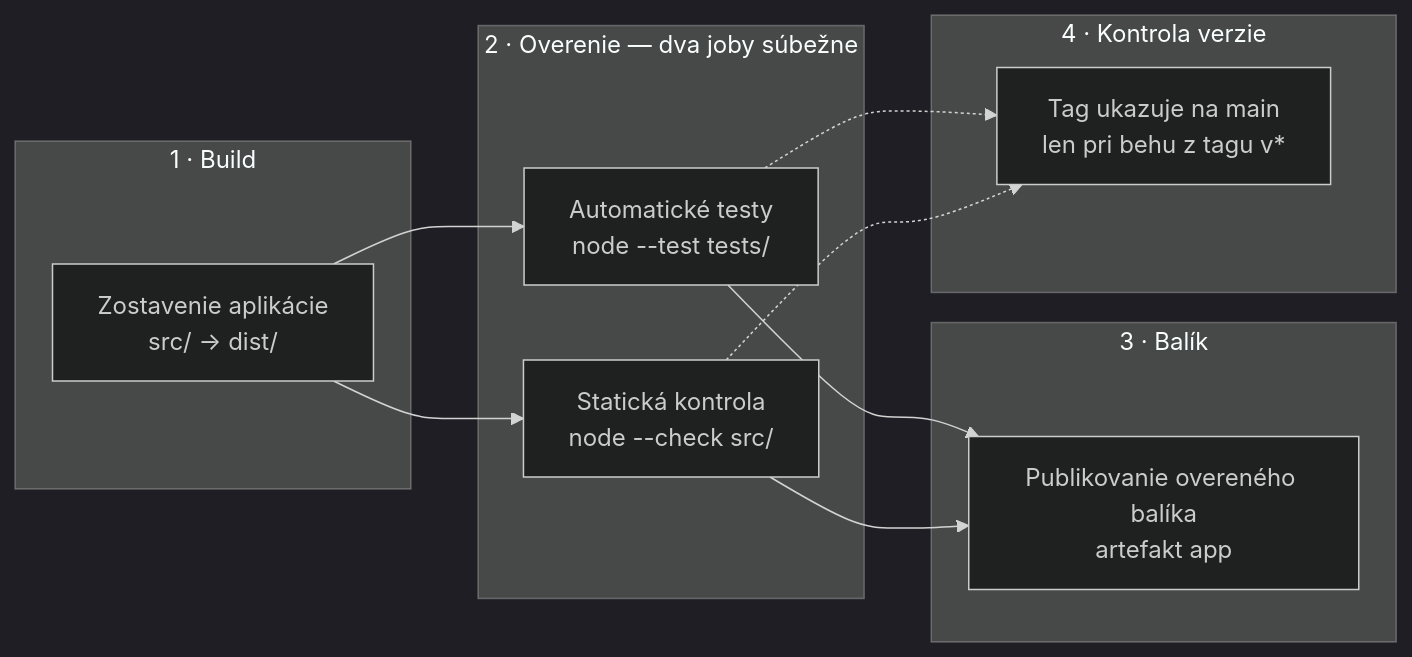
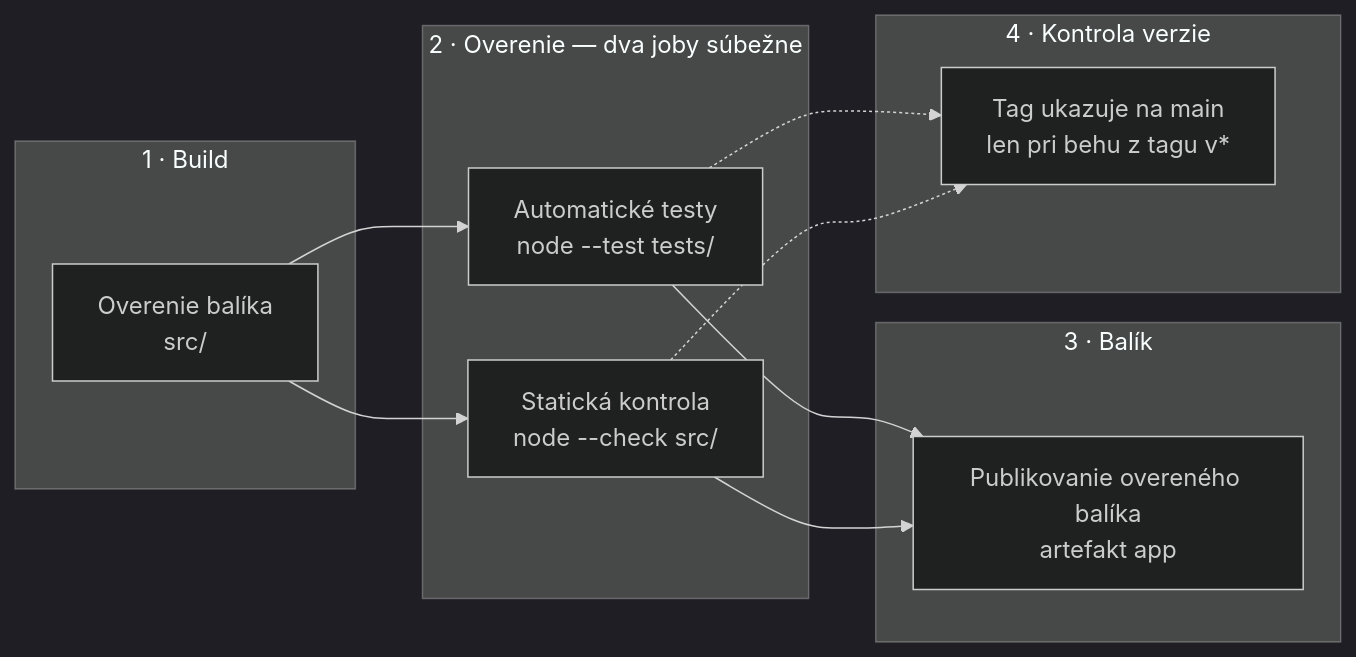
The diagram in README.md (matus-z/azure-devops-edu-dev-1234), drawn with Mermaid (dark theme) before and after one commit. The commit also changed other lines of this file and 4 other files, not shown here.

````diff
--- a/README.md
+++ b/README.md
@@ -65,22 +65,22 @@
 ```mermaid
 flowchart LR
   subgraph S1["1 · Build"]
-    b["Zostavenie aplikácie<br/>src/ → dist/"]
+    b["Overenie balíka<br/>src/"]
   end
   subgraph S2["2 · Overenie — dva joby súbežne"]
     t["Automatické testy<br/>node --test tests/"]
     l["Statická kontrola<br/>node --check src/"]
   end
   subgraph S3["3 · Balík"]
     p["Publikovanie overeného balíka<br/>artefakt app"]
   end
   subgraph S4["4 · Kontrola verzie"]
     v["Tag ukazuje na main<br/>len pri behu z tagu v*"]
   end
   b --> t
   b --> l
   t --> p
   l --> p
   t -.-> v
   l -.-> v
 ```
````
